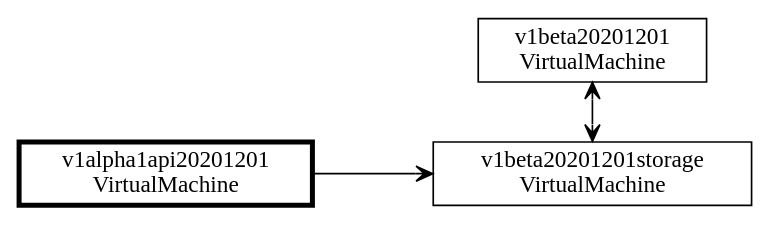
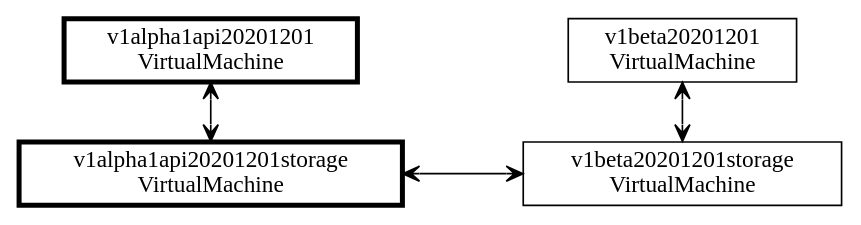
One commit to Azure/azure-service-operator changed the diagram in docs/hugo/content/architecture-decision-records/images/adr-2022-02-backward-compatibility-single-version.dot. Above: the diagram before and after it, drawn with Graphviz. The commit also changed 1 other file, not shown here.

Commit message:
Update diagram definitions

```diff
--- a/docs/hugo/content/architecture-decision-records/images/adr-2022-02-backward-compatibility-single-version.dot
+++ b/docs/hugo/content/architecture-decision-records/images/adr-2022-02-backward-compatibility-single-version.dot
@@ -1,22 +1,33 @@
 graph {
     nodesep="1"
 
-    node [shape=rect]
-    v1beta20201201 [label="v1beta20201201\nVirtualMachine"]
+    subgraph apiVersions {
+        rank=same;
+
+        node [shape=rect, penwidth=3]
+        v1alpha1api20201201 [label="v1alpha1api20201201\nVirtualMachine"]
+
+        node [shape=rect, penwidth=1]
+        v1beta20201201 [label="v1beta20201201\nVirtualMachine"]
+
+    }
 
     subgraph storageVersions {
         rank=same;
 
-        node [shape=rect]
+        node [shape=rect, penwidth=1]
         v1beta20201201storage [label="v1beta20201201storage\nVirtualMachine"]
 
         node [shape=rect, penwidth=3]
-        v1alpha1api20201201storage [label="v1alpha1api20201201\nVirtualMachine"]
+        v1alpha1api20201201storage [label="v1alpha1api20201201storage\nVirtualMachine"]
     }
+
+    edge [arrowhead=vee, arrowtail=vee, dir=both]
+    v1alpha1api20201201 -- v1alpha1api20201201storage
 
     edge [arrowhead=vee, arrowtail=vee, dir=both]
     v1beta20201201 -- v1beta20201201storage
 
-    edge [arrowhead=vee, arrowtail=none, dir=both]
+    edge [arrowhead=vee, arrowtail=vee, dir=both]
     v1alpha1api20201201storage -- v1beta20201201storage
 }
```
